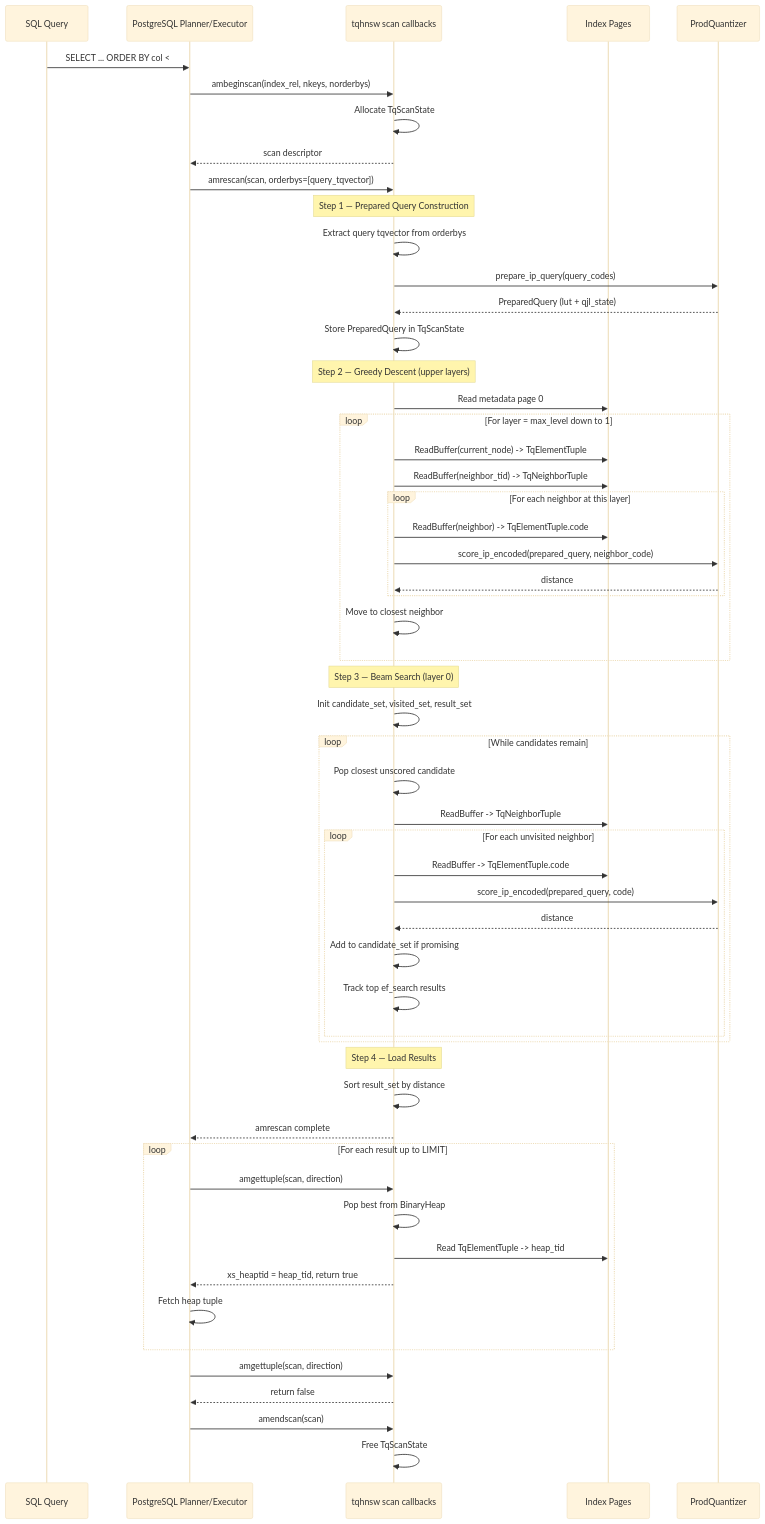
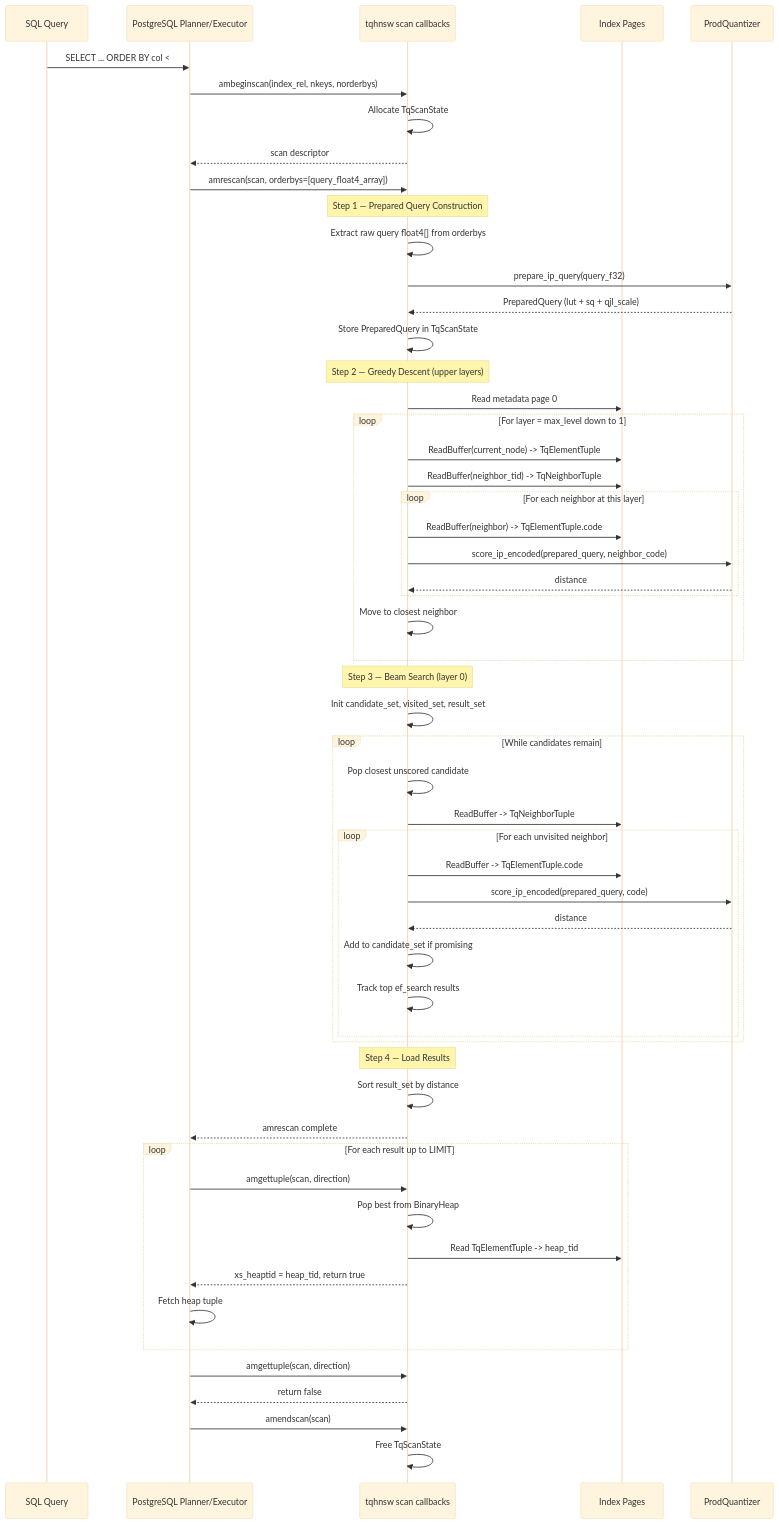
The diagram in spec/functional/FR-009.md (agent-ix/ecaz), drawn with Mermaid (base theme) before and after one commit. The commit also changed other lines of this file and 21 other files, not shown here.

````diff
--- a/spec/functional/FR-009.md
+++ b/spec/functional/FR-009.md
@@ -36,68 +36,68 @@
 ```mermaid
 sequenceDiagram
     participant Client as SQL Query
     participant PG as PostgreSQL Planner/Executor
     participant Scan as tqhnsw scan callbacks
     participant Pages as Index Pages
     participant Quant as ProdQuantizer
 
     Client->>PG: SELECT ... ORDER BY col <#> $query LIMIT 10
     PG->>Scan: ambeginscan(index_rel, nkeys, norderbys)
     Scan->>Scan: Allocate TqScanState
     Scan-->>PG: scan descriptor
 
-    PG->>Scan: amrescan(scan, orderbys=[query_tqvector])
+    PG->>Scan: amrescan(scan, orderbys=[query_float4_array])
 
     Note over Scan: Step 1 — Prepared Query Construction
-    Scan->>Scan: Extract query tqvector from orderbys
-    Scan->>Quant: prepare_ip_query(query_codes)
-    Quant-->>Scan: PreparedQuery (lut + qjl_state)
+    Scan->>Scan: Extract raw query float4[] from orderbys
+    Scan->>Quant: prepare_ip_query(query_f32)
+    Quant-->>Scan: PreparedQuery (lut + sq + qjl_scale)
     Scan->>Scan: Store PreparedQuery in TqScanState
 
     Note over Scan: Step 2 — Greedy Descent (upper layers)
     Scan->>Pages: Read metadata page 0
 
     loop For layer = max_level down to 1
         Scan->>Pages: ReadBuffer(current_node) -> TqElementTuple
         Scan->>Pages: ReadBuffer(neighbor_tid) -> TqNeighborTuple
         loop For each neighbor at this layer
             Scan->>Pages: ReadBuffer(neighbor) -> TqElementTuple.code
             Scan->>Quant: score_ip_encoded(prepared_query, neighbor_code)
             Quant-->>Scan: distance
         end
         Scan->>Scan: Move to closest neighbor
     end
 
     Note over Scan: Step 3 — Beam Search (layer 0)
     Scan->>Scan: Init candidate_set, visited_set, result_set
 
     loop While candidates remain
         Scan->>Scan: Pop closest unscored candidate
         Scan->>Pages: ReadBuffer -> TqNeighborTuple
         loop For each unvisited neighbor
             Scan->>Pages: ReadBuffer -> TqElementTuple.code
             Scan->>Quant: score_ip_encoded(prepared_query, code)
             Quant-->>Scan: distance
             Scan->>Scan: Add to candidate_set if promising
             Scan->>Scan: Track top ef_search results
         end
     end
 
     Note over Scan: Step 4 — Load Results
     Scan->>Scan: Sort result_set by distance
     Scan-->>PG: amrescan complete
 
     loop For each result up to LIMIT
         PG->>Scan: amgettuple(scan, direction)
         Scan->>Scan: Pop best from BinaryHeap
         Scan->>Pages: Read TqElementTuple -> heap_tid
         Scan-->>PG: xs_heaptid = heap_tid, return true
         PG->>PG: Fetch heap tuple
     end
 
     PG->>Scan: amgettuple(scan, direction)
     Scan-->>PG: return false
 
     PG->>Scan: amendscan(scan)
     Scan->>Scan: Free TqScanState
 ```
````
